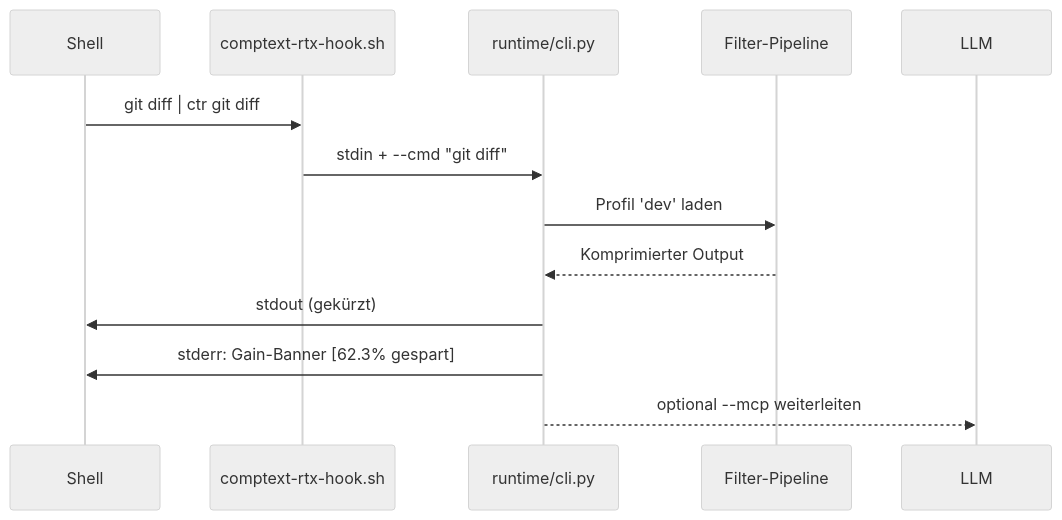
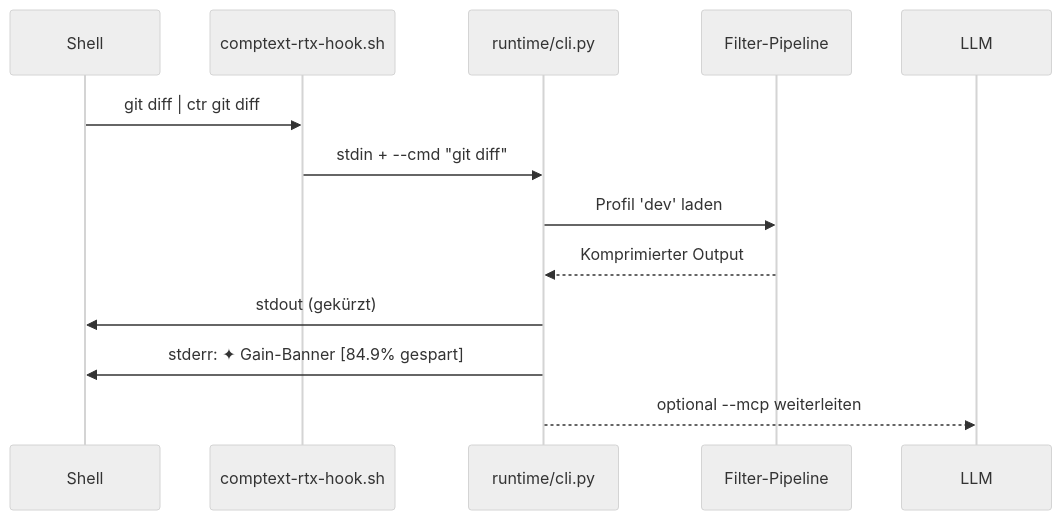
One commit to ProfRandom92/comptext-termux-v2 changed the second of 2 diagrams in README.md. Above: the diagram before and after it, drawn with Mermaid (neutral theme). The commit also changed other lines of this file, not shown here.

````diff
--- a/README.md
+++ b/README.md
@@ -81,16 +148,16 @@
 ```mermaid
 sequenceDiagram
     participant Shell
     participant Hook as comptext-rtx-hook.sh
     participant CLI as runtime/cli.py
     participant Filter as Filter-Pipeline
     participant LLM
 
     Shell->>Hook: git diff | ctr git diff
     Hook->>CLI: stdin + --cmd "git diff"
     CLI->>Filter: Profil 'dev' laden
     Filter-->>CLI: Komprimierter Output
     CLI->>Shell: stdout (gekürzt)
-    CLI->>Shell: stderr: Gain-Banner [62.3% gespart]
+    CLI->>Shell: stderr: ✦ Gain-Banner [84.9% gespart]
     CLI-->>LLM: optional --mcp weiterleiten
 ```
````
